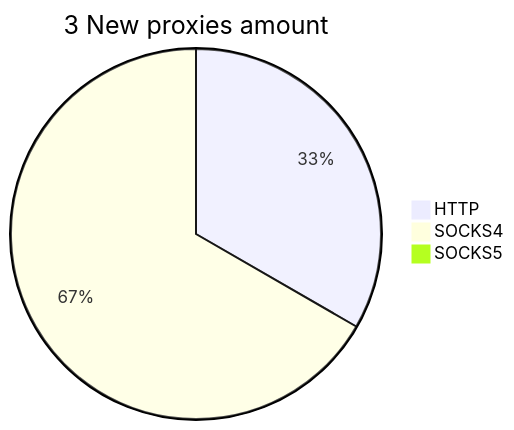
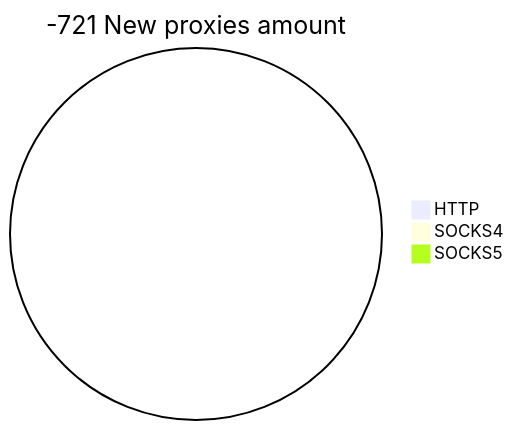
The second of 2 diagrams in README.md (cutipu/proxylist), drawn with Mermaid before and after one commit. The commit also changed other lines of this file, not shown here.

````diff
--- a/README.md
+++ b/README.md
@@ -10,6 +10,6 @@
 ```mermaid
-pie title 3 New proxies amount
-    "HTTP" : 1
-    "SOCKS4" : 2
+pie title -721 New proxies amount
+    "HTTP" : 0
+    "SOCKS4" : 0
     "SOCKS5" : 0
 ```
````
